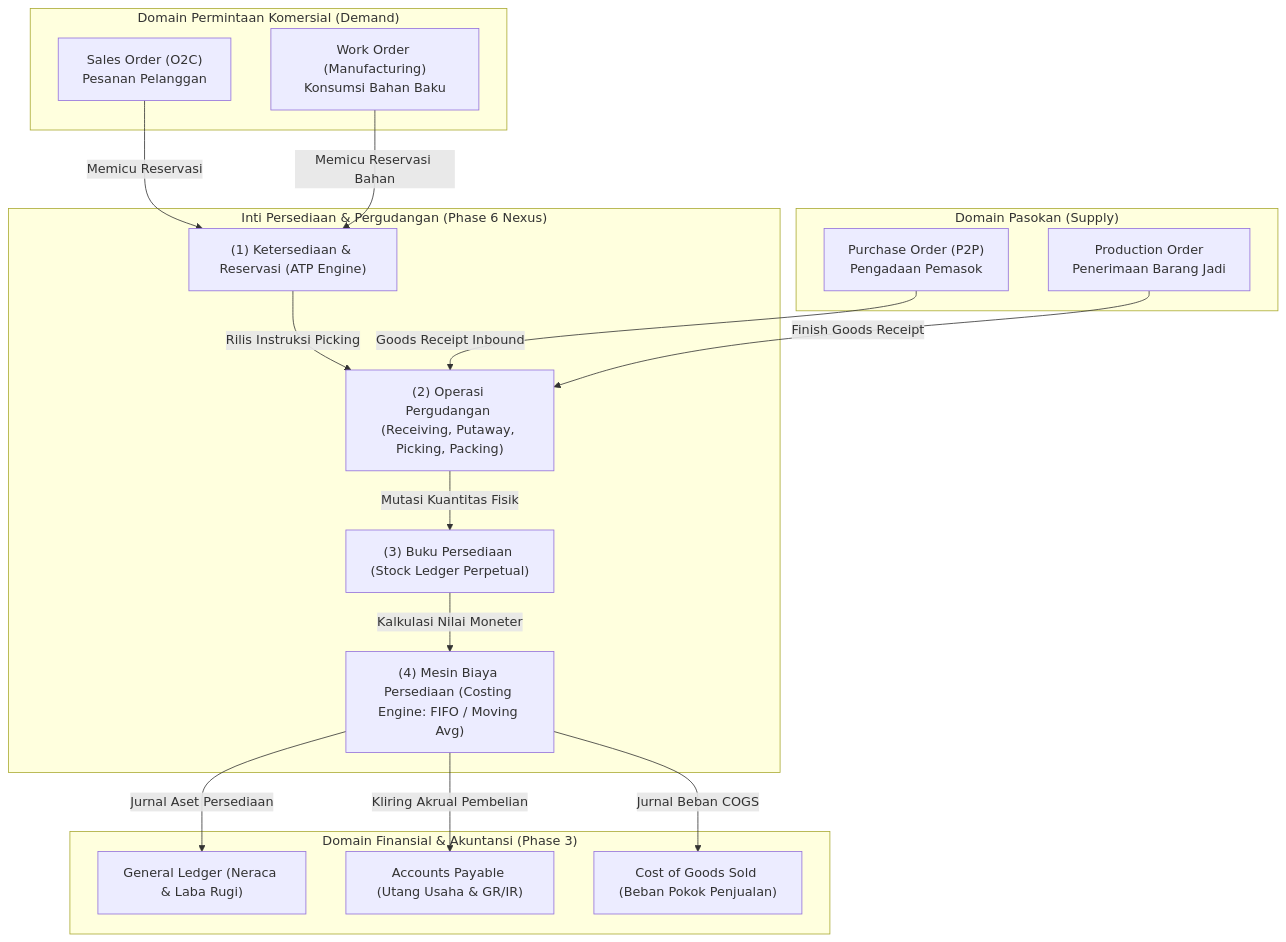
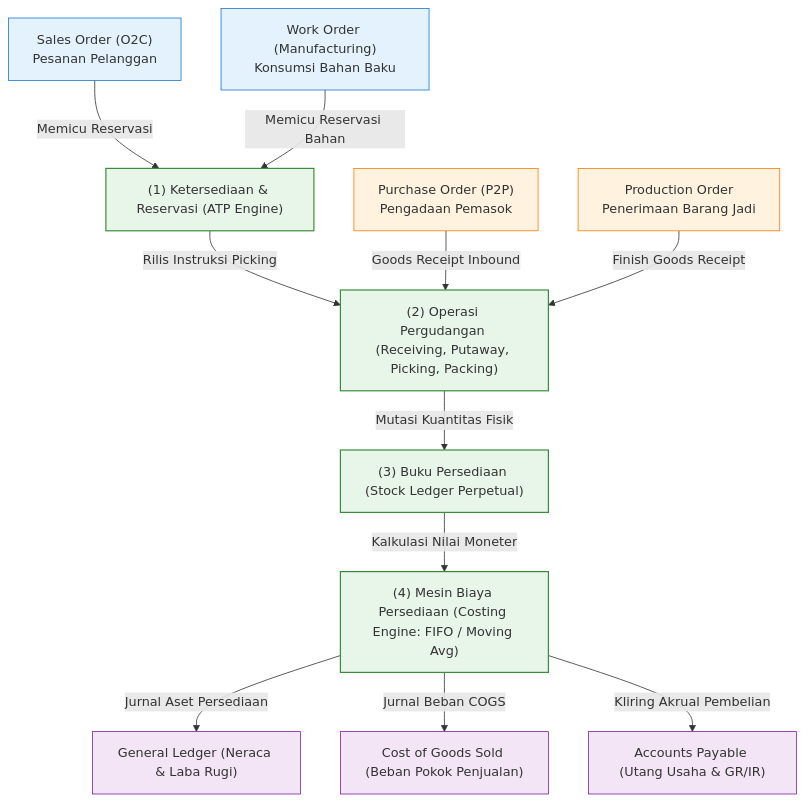
One commit to alimurrofid/erp-notes changed the first of 2 diagrams in content/05-inventory/inventory-integration.md. Above: the diagram before and after it, drawn with Mermaid. The commit also changed 58 other files, not shown here.

Commit message:
fix(content):Mermaid Subgraph

````diff
--- a/content/05-inventory/inventory-integration.md
+++ b/content/05-inventory/inventory-integration.md
@@ -30,39 +30,41 @@
 ```mermaid
 flowchart TD
-    subgraph CommercialDemand["Domain Permintaan Komersial (Demand)"]
-        SO["Sales Order (O2C)<br/>Pesanan Pelanggan"]
-        WO["Work Order (Manufacturing)<br/>Konsumsi Bahan Baku"]
-    end
+    SO["Sales Order (O2C)<br/>Pesanan Pelanggan"]
+    WO["Work Order (Manufacturing)<br/>Konsumsi Bahan Baku"]
 
-    subgraph CommercialSupply["Domain Pasokan (Supply)"]
-        PO["Purchase Order (P2P)<br/>Pengadaan Pemasok"]
-        PROD["Production Order<br/>Penerimaan Barang Jadi"]
-    end
+    PO["Purchase Order (P2P)<br/>Pengadaan Pemasok"]
+    PROD["Production Order<br/>Penerimaan Barang Jadi"]
 
-    subgraph InventoryCore["Inti Persediaan & Pergudangan (Phase 6 Nexus)"]
-        ATP["(1) Ketersediaan & Reservasi (ATP Engine)"]
-        WM["(2) Operasi Pergudangan (Receiving, Putaway, Picking, Packing)"]
-        Ledger["(3) Buku Persediaan (Stock Ledger Perpetual)"]
-        Valuation["(4) Mesin Biaya Persediaan (Costing Engine: FIFO / Moving Avg)"]
-    end
+    ATP["(1) Ketersediaan & Reservasi (ATP Engine)"]
+    WM["(2) Operasi Pergudangan (Receiving, Putaway, Picking, Packing)"]
+    Ledger["(3) Buku Persediaan (Stock Ledger Perpetual)"]
+    Valuation["(4) Mesin Biaya Persediaan (Costing Engine: FIFO / Moving Avg)"]
 
-    subgraph FinancialImpact["Domain Finansial & Akuntansi (Phase 3)"]
-        GL["General Ledger (Neraca & Laba Rugi)"]
-        AP["Accounts Payable (Utang Usaha & GR/IR)"]
-        COGS["Cost of Goods Sold (Beban Pokok Penjualan)"]
-    end
+    GL["General Ledger (Neraca & Laba Rugi)"]
+    AP["Accounts Payable (Utang Usaha & GR/IR)"]
+    COGS["Cost of Goods Sold (Beban Pokok Penjualan)"]
 
     SO -->|"Memicu Reservasi"| ATP
     WO -->|"Memicu Reservasi Bahan"| ATP
     ATP -->|"Rilis Instruksi Picking"| WM
     
     PO -->|"Goods Receipt Inbound"| WM
     PROD -->|"Finish Goods Receipt"| WM
     
     WM -->|"Mutasi Kuantitas Fisik"| Ledger
     Ledger -->|"Kalkulasi Nilai Moneter"| Valuation
     
     Valuation -->|"Jurnal Aset Persediaan"| GL
     Valuation -->|"Jurnal Beban COGS"| COGS
     Valuation -->|"Kliring Akrual Pembelian"| AP
+
+    classDef demand fill:#e3f2fd,stroke:#1976d2,stroke-width:1px;
+    classDef supply fill:#fff3e0,stroke:#f57c00,stroke-width:1px;
+    classDef core fill:#e8f5e9,stroke:#388e3c,stroke-width:1.5px;
+    classDef fin fill:#f3e5f5,stroke:#7b1fa2,stroke-width:1px;
+
+    class SO,WO demand;
+    class PO,PROD supply;
+    class ATP,WM,Ledger,Valuation core;
+    class GL,AP,COGS fin;
 ```
````
